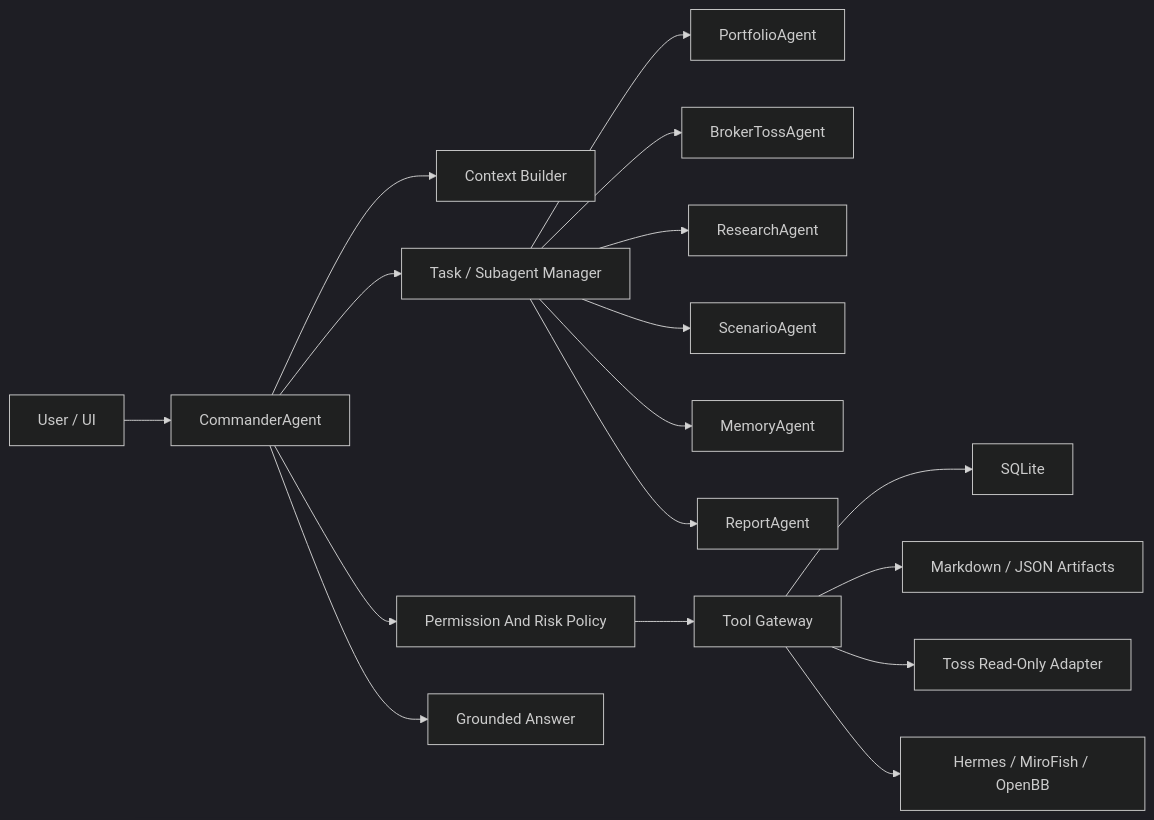
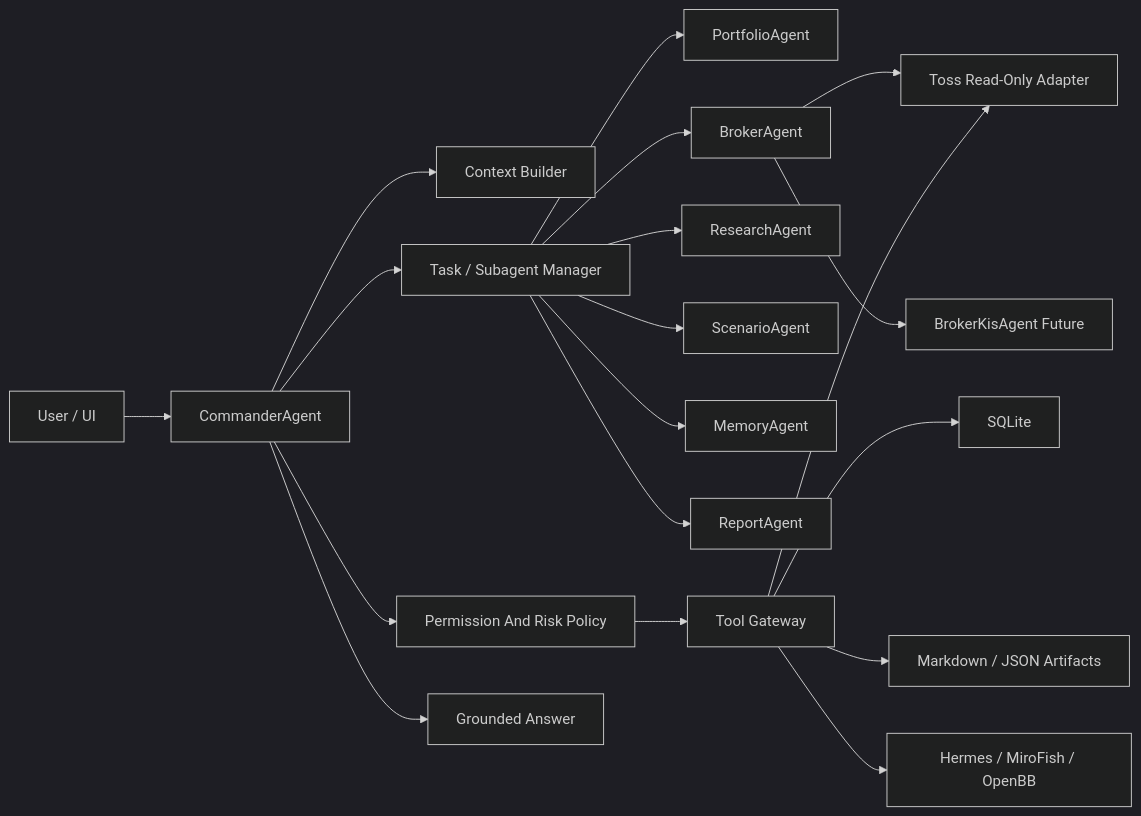
The diagram in docs/agent-runtime-patterns.md (Sungblab/GaemiGuard), drawn with Mermaid (dark theme) before and after one commit. The commit also changed other lines of this file and 40 other files, not shown here.

Commit message:
docs: align broker agent product design (#15)

````diff
--- a/docs/agent-runtime-patterns.md
+++ b/docs/agent-runtime-patterns.md
@@ -33,19 +33,21 @@
 ```mermaid
 flowchart LR
   User["User / UI"] --> Commander["CommanderAgent"]
   Commander --> Context["Context Builder"]
   Commander --> Tasks["Task / Subagent Manager"]
   Commander --> Policy["Permission And Risk Policy"]
   Tasks --> Portfolio["PortfolioAgent"]
-  Tasks --> Broker["BrokerTossAgent"]
+  Tasks --> Broker["BrokerAgent"]
+  Broker --> Toss["BrokerTossAgent"]
+  Broker --> KIS["BrokerKisAgent Future"]
   Tasks --> Research["ResearchAgent"]
   Tasks --> Scenario["ScenarioAgent"]
   Tasks --> Memory["MemoryAgent"]
   Tasks --> Report["ReportAgent"]
   Policy --> Tools["Tool Gateway"]
   Tools --> DB["SQLite"]
   Tools --> Artifacts["Markdown / JSON Artifacts"]
   Tools --> Toss["Toss Read-Only Adapter"]
   Tools --> Sidecars["Hermes / MiroFish / OpenBB"]
   Commander --> Answer["Grounded Answer"]
 ```
````
